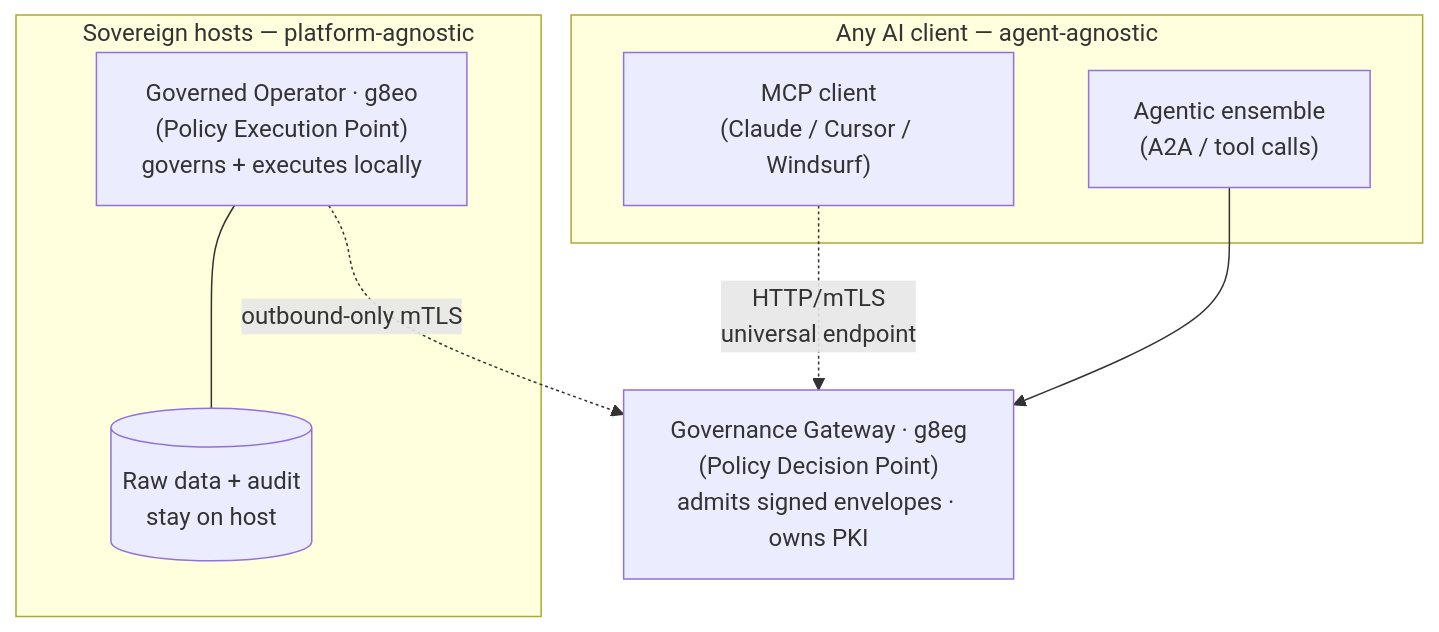
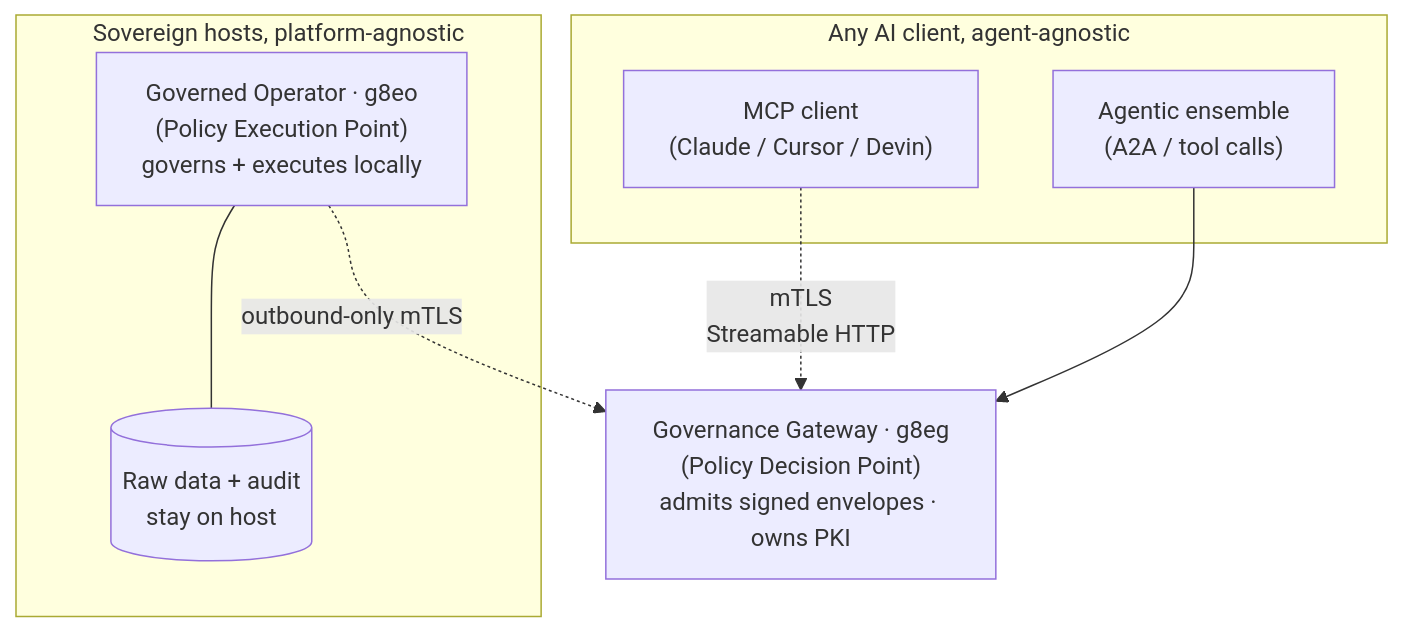
The diagram in docs/diagrams/graph-gateway-fleet-single-host-http-mtls.md (g8e-ai/g8e), drawn with Mermaid before and after one commit. The commit also changed other lines of this file and 225 other files, not shown here.

````diff
--- a/docs/diagrams/graph-gateway-fleet-single-host-http-mtls.md
+++ b/docs/diagrams/graph-gateway-fleet-single-host-http-mtls.md
@@ -5,19 +5,19 @@
 ```mermaid
 graph TD
-    subgraph Clients ["Any AI client — agent-agnostic"]
-        C1["MCP client<br/>(Claude / Cursor / Windsurf)"]
+    subgraph Clients ["Any AI client, agent-agnostic"]
+        C1["MCP client<br/>(Claude / Cursor / Devin)"]
         C2["Agentic ensemble<br/>(A2A / tool calls)"]
     end
 
     GW["Governance Gateway · g8eg<br/>(Policy Decision Point)<br/>admits signed envelopes · owns PKI"]
 
-    subgraph Fleet ["Sovereign hosts — platform-agnostic"]
+    subgraph Fleet ["Sovereign hosts, platform-agnostic"]
         O1["Governed Operator · g8eo<br/>(Policy Execution Point)<br/>governs + executes locally"]
         D1[("Raw data + audit<br/>stay on host")]
         O1 --- D1
     end
 
-    C1 -. "HTTP/mTLS<br/>universal endpoint" .-> GW
+    C1 -. "mTLS<br/>Streamable HTTP" .-> GW
     C2 --> GW
     O1 -. "outbound-only mTLS" .-> GW
 ```
````
